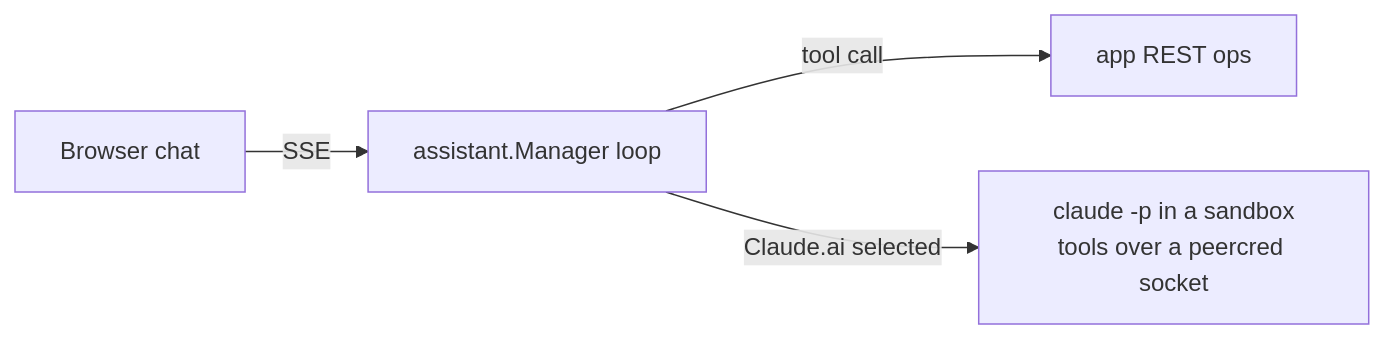
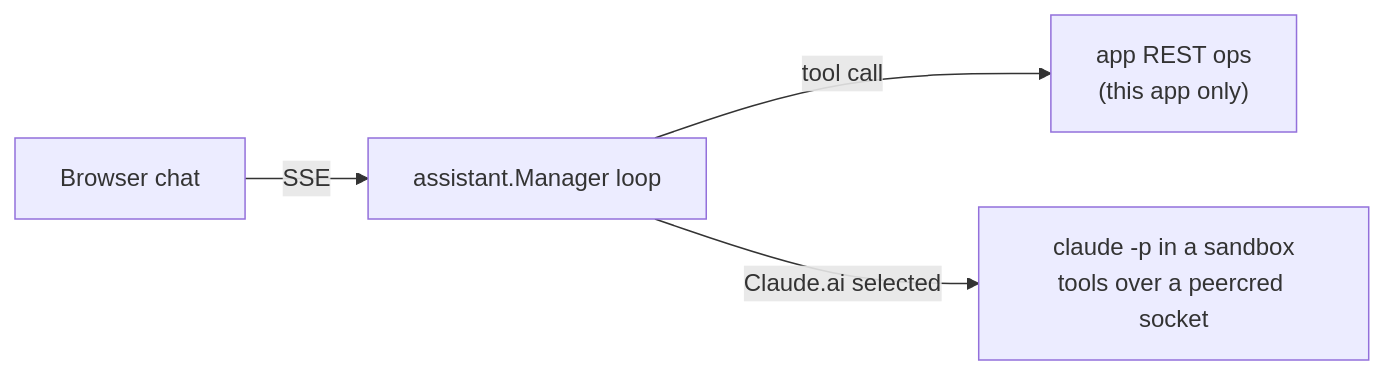
Before and after one commit to binwiederhier/hostit: the eighth of 8 diagrams in docs/internal/slides/slides.md, drawn with Mermaid. The commit also changed other lines of this file and 2 other files, not shown here.

````diff
--- a/docs/internal/slides/slides.md
+++ b/docs/internal/slides/slides.md
@@ -250,6 +351,6 @@
 ```mermaid
 flowchart LR
-  chat[Browser chat] -->|SSE| loop[assistant.Manager loop]
-  loop -->|tool call| ops[app REST ops]
-  loop -->|Claude.ai selected| sandbox["claude -p in a sandbox<br/>tools over a peercred socket"]
+  chat["Browser chat"] -->|SSE| loop["assistant.Manager loop"]
+  loop -->|tool call| ops["app REST ops<br/>(this app only)"]
+  loop -->|"Claude.ai selected"| sandbox["claude -p in a sandbox<br/>tools over a peercred socket"]
 ```
````
